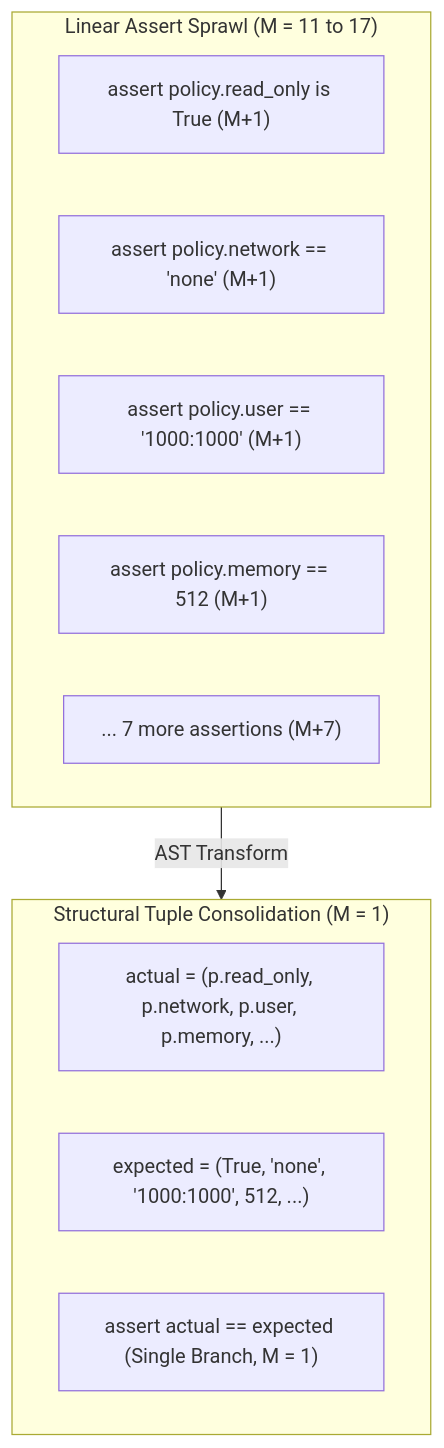
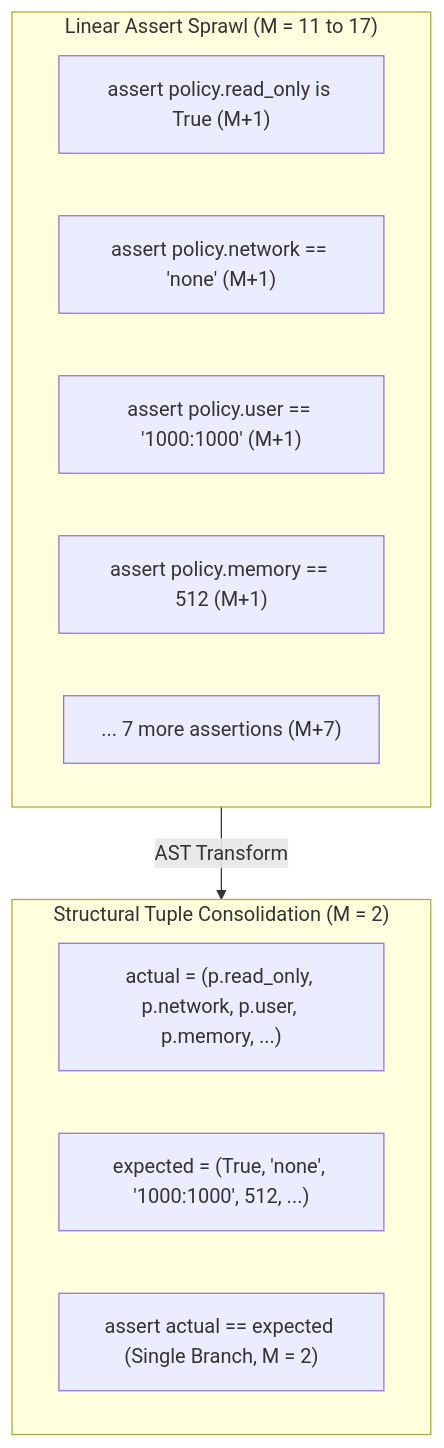
Before and after one commit to dan-petty/vibes: the diagram in observations/devops-cli/11-assertion-density-and-structural-tuple-consolidation.md, drawn with Mermaid. The commit also changed other lines of this file and 248 other files, not shown here.

````diff
--- a/observations/devops-cli/11-assertion-density-and-structural-tuple-consolidation.md
+++ b/observations/devops-cli/11-assertion-density-and-structural-tuple-consolidation.md
@@ -36,18 +36,18 @@
 ```mermaid
 flowchart TD
     subgraph Antipattern["Linear Assert Sprawl (M = 11 to 17)"]
         A1["assert policy.read_only is True (M+1)"]
         A2["assert policy.network == 'none' (M+1)"]
         A3["assert policy.user == '1000:1000' (M+1)"]
         A4["assert policy.memory == 512 (M+1)"]
         A5["... 7 more assertions (M+7)"]
     end
 
-    subgraph Consolidated["Structural Tuple Consolidation (M = 1)"]
+    subgraph Consolidated["Structural Tuple Consolidation (M = 2)"]
         T1["actual = (p.read_only, p.network, p.user, p.memory, ...)"]
         T2["expected = (True, 'none', '1000:1000', 512, ...)"]
-        T3["assert actual == expected (Single Branch, M = 1)"]
+        T3["assert actual == expected (Single Branch, M = 2)"]
     end
 
     Antipattern -->|AST Transform| Consolidated
 ```
````
